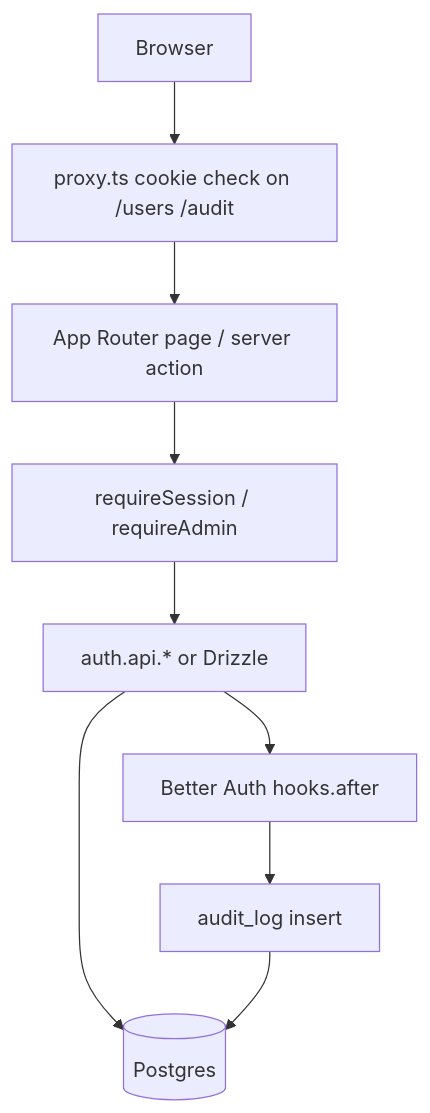
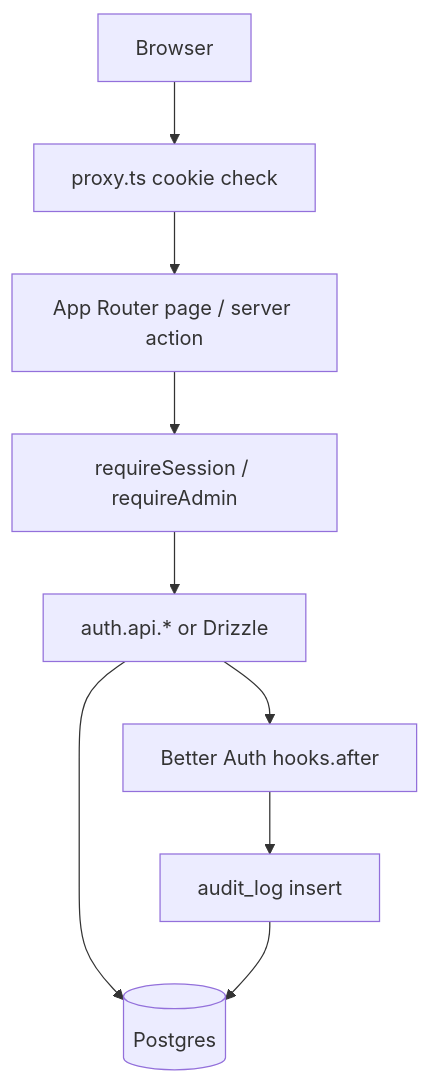
Before and after one commit to titojezryl/nextjs-template: the diagram in docs/architecture.md, drawn with Mermaid. The commit also changed other lines of this file and 105 other files, not shown here.

````diff
--- a/docs/architecture.md
+++ b/docs/architecture.md
@@ -24,11 +42,11 @@
 ```mermaid
 flowchart TD
-  Browser --> Proxy["proxy.ts cookie check on /users /audit"]
+  Browser --> Proxy["proxy.ts cookie check"]
   Proxy --> Page["App Router page / server action"]
   Page --> Guard["requireSession / requireAdmin"]
   Guard --> AuthApi["auth.api.* or Drizzle"]
   AuthApi --> Hooks["Better Auth hooks.after"]
   Hooks --> Audit["audit_log insert"]
   AuthApi --> Postgres[(Postgres)]
   Audit --> Postgres
 ```
````
